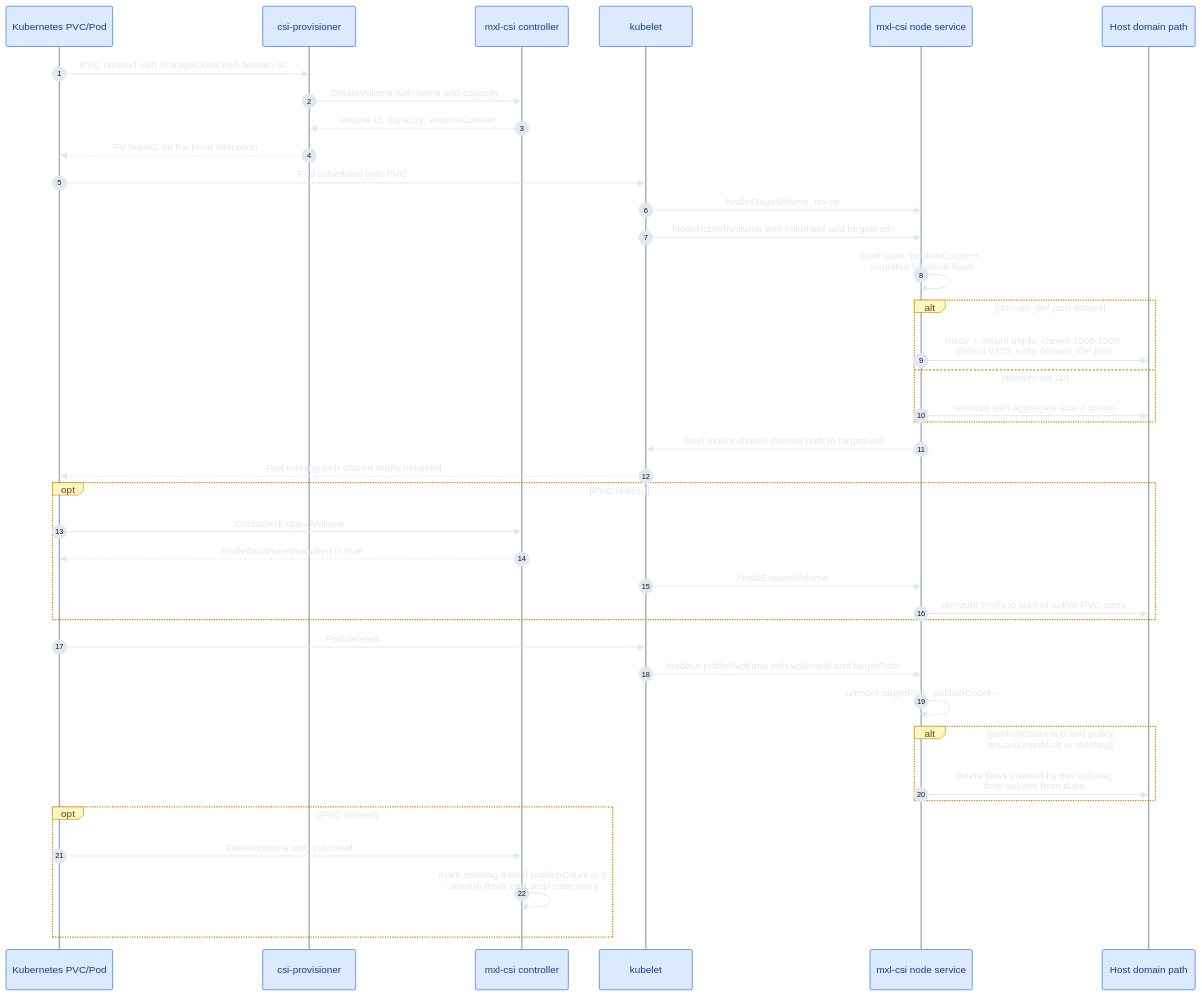
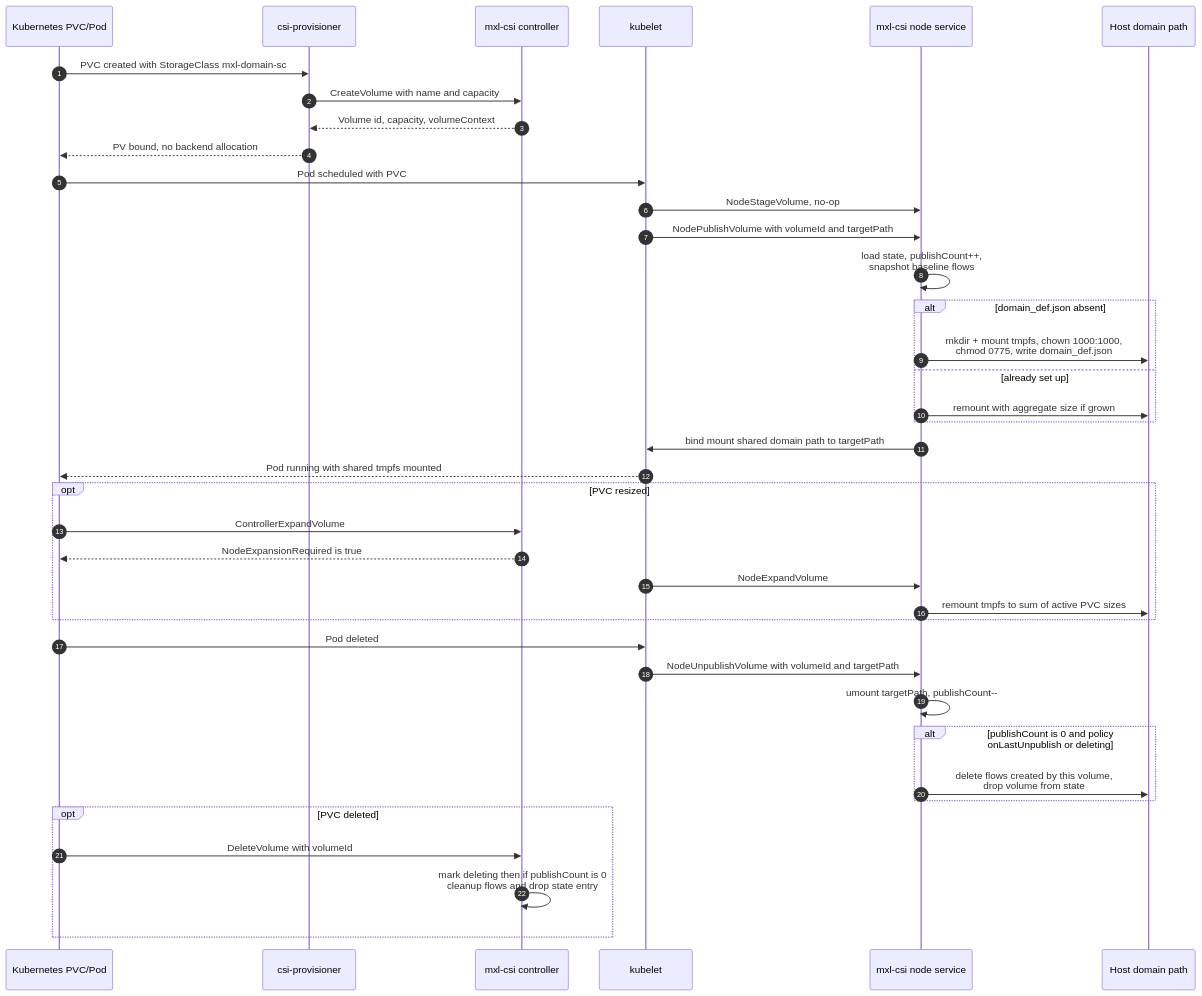
One commit to cbcrc/mxl-csi changed the second of 2 diagrams in README.md. Above: the diagram before and after it, drawn with Mermaid. The commit also changed other lines of this file, not shown here.

Commit message:
Fixing mermaid diagrams

````diff
--- a/README.md
+++ b/README.md
@@ -74,47 +73,46 @@
 ```mermaid
-%%{init: {"theme": "base", "themeVariables": {"background": "#0f172a", "fontFamily": "Segoe UI, Helvetica, sans-serif", "fontSize": "14px", "actorBkg": "#dbeafe", "actorBorder": "#2563eb", "actorTextColor": "#1e3a8a", "actorLineColor": "#94a3b8", "signalColor": "#e2e8f0", "signalTextColor": "#e2e8f0", "labelBoxBkgColor": "#fef9c3", "labelBoxBorderColor": "#ca8a04", "labelTextColor": "#713f12", "loopTextColor": "#e2e8f0", "noteBkgColor": "#ffedd5", "noteBorderColor": "#ea580c", "noteTextColor": "#7c2d12", "activationBkgColor": "#dcfce7", "activationBorderColor": "#16a34a", "sequenceNumberColor": "#0f172a"}}}%%
 sequenceDiagram
     autonumber
     participant K8s as Kubernetes PVC/Pod
     participant Prov as csi-provisioner
     participant Ctrl as mxl-csi controller
     participant Kubelet as kubelet
     participant Node as mxl-csi node service
     participant Host as Host domain path
 
     K8s->>Prov: PVC created with StorageClass mxl-domain-sc
     Prov->>Ctrl: CreateVolume with name and capacity
     Ctrl-->>Prov: Volume id, capacity, volumeContext
     Prov-->>K8s: PV bound, no backend allocation
 
     K8s->>Kubelet: Pod scheduled with PVC
     Kubelet->>Node: NodeStageVolume, no-op
     Kubelet->>Node: NodePublishVolume with volumeId and targetPath
     Node->>Node: load state, publishCount++,<br/>snapshot baseline flows
     alt domain_def.json absent
         Node->>Host: mkdir + mount tmpfs, chown 1000:1000,<br/>chmod 0775, write domain_def.json
     else already set up
         Node->>Host: remount with aggregate size if grown
     end
     Node->>Kubelet: bind mount shared domain path to targetPath
     Kubelet-->>K8s: Pod running with shared tmpfs mounted
 
     opt PVC resized
         K8s->>Ctrl: ControllerExpandVolume
         Ctrl-->>K8s: NodeExpansionRequired is true
         Kubelet->>Node: NodeExpandVolume
         Node->>Host: remount tmpfs to sum of active PVC sizes
     end
 
     K8s->>Kubelet: Pod deleted
     Kubelet->>Node: NodeUnpublishVolume with volumeId and targetPath
     Node->>Node: umount targetPath, publishCount--
     alt publishCount is 0 and policy onLastUnpublish or deleting
         Node->>Host: delete flows created by this volume,<br/>drop volume from state
     end
 
     opt PVC deleted
         K8s->>Ctrl: DeleteVolume with volumeId
         Ctrl->>Ctrl: mark deleting then if publishCount is 0<br/>cleanup flows and drop state entry
     end
 ```
````
